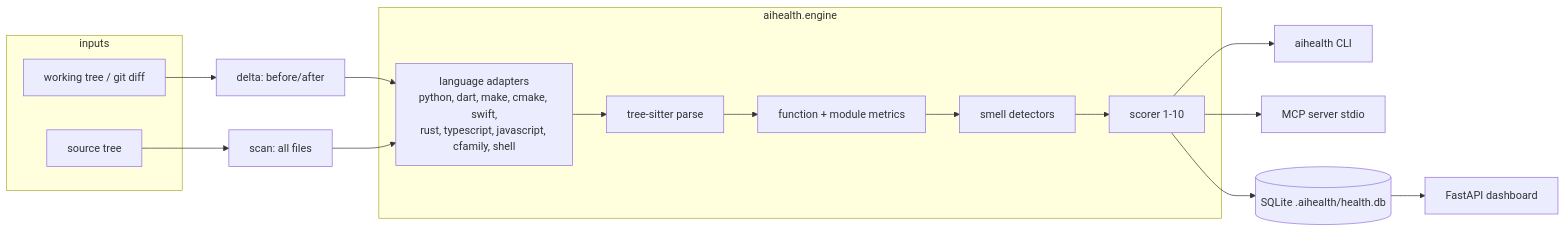
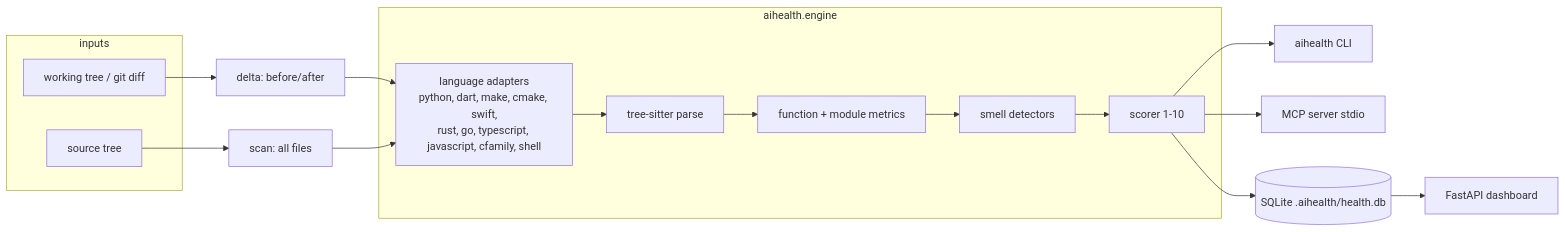
One commit to epatel/ai-health changed the diagram in cards/architecture.md. Above: the diagram before and after it, drawn with Mermaid. The commit also changed other lines of this file and 16 other files, not shown here.

````diff
--- a/cards/architecture.md
+++ b/cards/architecture.md
@@ -7,23 +7,23 @@
 ```mermaid
 flowchart LR
     subgraph inputs
         WT[working tree / git diff]
         REPO[source tree]
     end
     subgraph engine["aihealth.engine"]
-        LANG[language adapters<br/>python, dart, make, cmake, swift,<br/>rust, typescript, javascript, cfamily, shell]
+        LANG[language adapters<br/>python, dart, make, cmake, swift,<br/>rust, go, typescript, javascript, cfamily, shell]
         TS[tree-sitter parse]
         MET[function + module metrics]
         SM[smell detectors]
         SC[scorer 1-10]
     end
     WT --> DELTA[delta: before/after]
     REPO --> SCAN[scan: all files]
     DELTA --> LANG
     SCAN --> LANG
     LANG --> TS --> MET --> SM --> SC
     SC --> CLI[aihealth CLI]
     SC --> MCP[MCP server stdio]
     SC --> DB[(SQLite .aihealth/health.db)]
     DB --> WEB[FastAPI dashboard]
 ```
````
